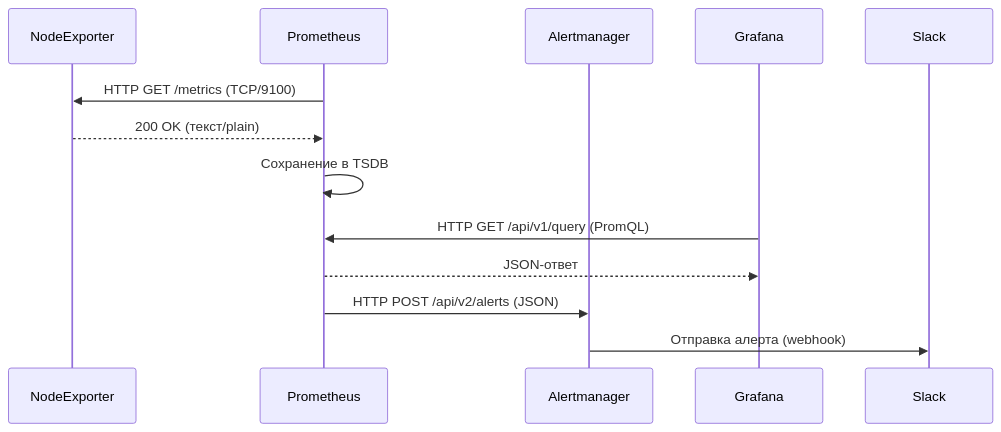
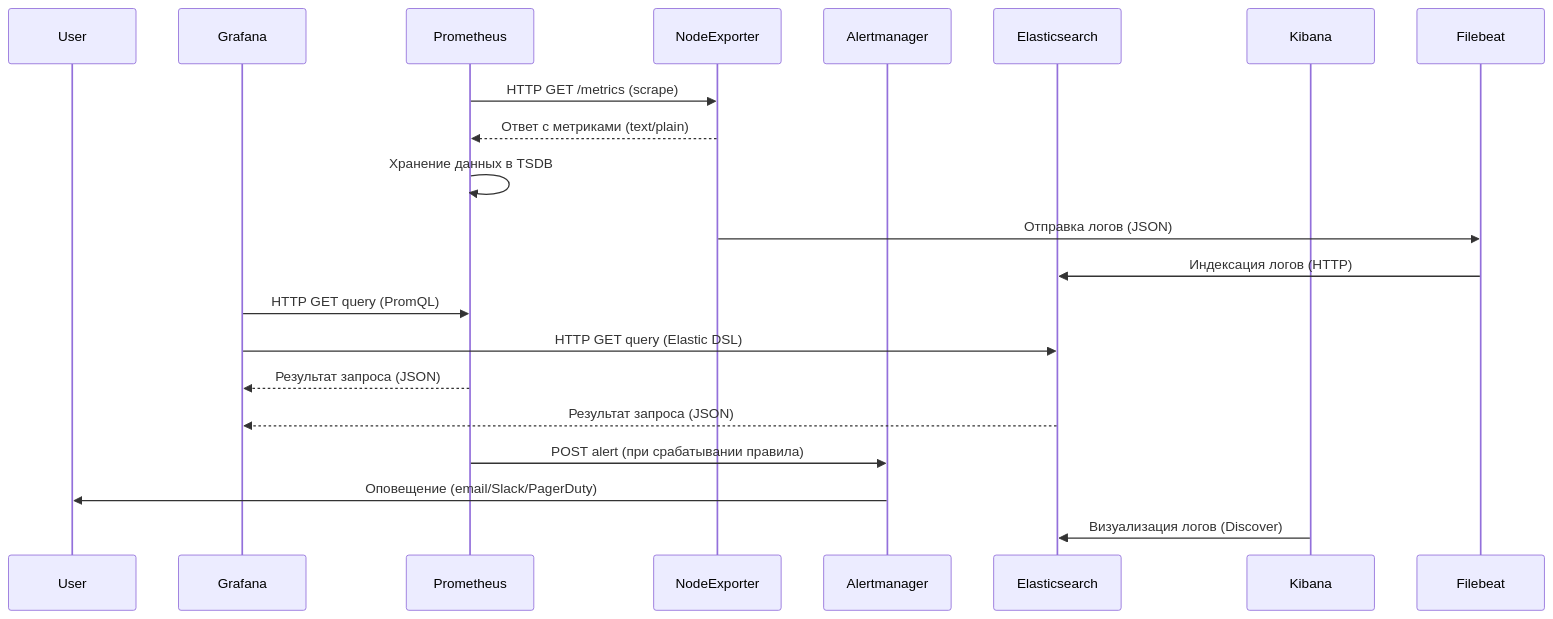
The first of 4 diagrams in Introduction_monitoring/README.md (lamjob1993/linux-monitoring), drawn with Mermaid before and after one commit. The commit also changed other lines of this file, not shown here.

````diff
--- a/Introduction_monitoring/README.md
+++ b/Introduction_monitoring/README.md
@@ -58,15 +56,23 @@
-```mermaid  
-sequenceDiagram  
-    participant NodeExporter  
-    participant Prometheus  
-    participant Alertmanager  
-    participant Grafana  
+```mermaid
+sequenceDiagram
+    participant User
+    participant Grafana
+    participant Prometheus
+    participant NodeExporter
+    participant Alertmanager
+    participant Elasticsearch
+    participant Kibana
 
-    Prometheus->>NodeExporter: HTTP GET /metrics (TCP/9100)  
-    NodeExporter-->>Prometheus: 200 OK (текст/plain)  
-    Prometheus->>Prometheus: Сохранение в TSDB  
-    Grafana->>Prometheus: HTTP GET /api/v1/query (PromQL)  
-    Prometheus-->>Grafana: JSON-ответ  
-    Prometheus->>Alertmanager: HTTP POST /api/v2/alerts (JSON)  
-    Alertmanager->>Slack: Отправка алерта (webhook)  
-```  
+    Prometheus->>NodeExporter: HTTP GET /metrics (scrape)
+    NodeExporter-->>Prometheus: Ответ с метриками (text/plain)
+    Prometheus->>Prometheus: Хранение данных в TSDB
+    NodeExporter->>Filebeat: Отправка логов (JSON)
+    Filebeat->>Elasticsearch: Индексация логов (HTTP)
+    Grafana->>Prometheus: HTTP GET query (PromQL)
+    Grafana->>Elasticsearch: HTTP GET query (Elastic DSL)
+    Prometheus-->>Grafana: Результат запроса (JSON)
+    Elasticsearch-->>Grafana: Результат запроса (JSON)
+    Prometheus->>Alertmanager: POST alert (при срабатывании правила)
+    Alertmanager->>User: Оповещение (email/Slack/PagerDuty)
+    Kibana->>Elasticsearch: Визуализация логов (Discover)
+```
````
